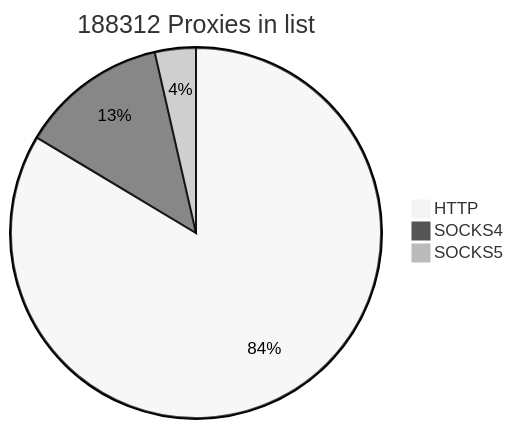
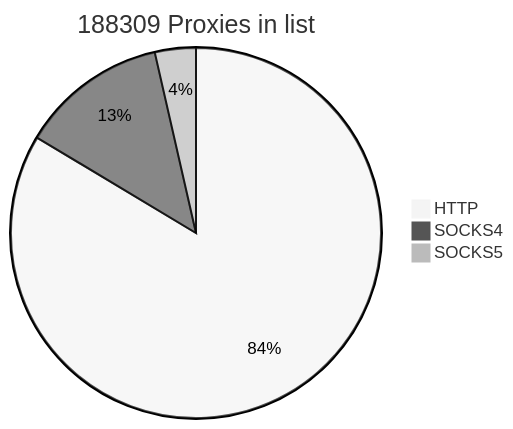
The first of 2 diagrams in README.md (cutipu/proxylist), drawn with Mermaid (neutral theme) before and after one commit. The commit also changed other lines of this file, not shown here.

````diff
--- a/README.md
+++ b/README.md
@@ -2,7 +2,7 @@
 ```mermaid
-pie title 188312 Proxies in list
-    "HTTP" : 157433
-    "SOCKS4" : 24147
-    "SOCKS5" : 6732
+pie title 188309 Proxies in list
+    "HTTP" : 157430
+    "SOCKS4" : 24152
+    "SOCKS5" : 6727
             
 ```
````
